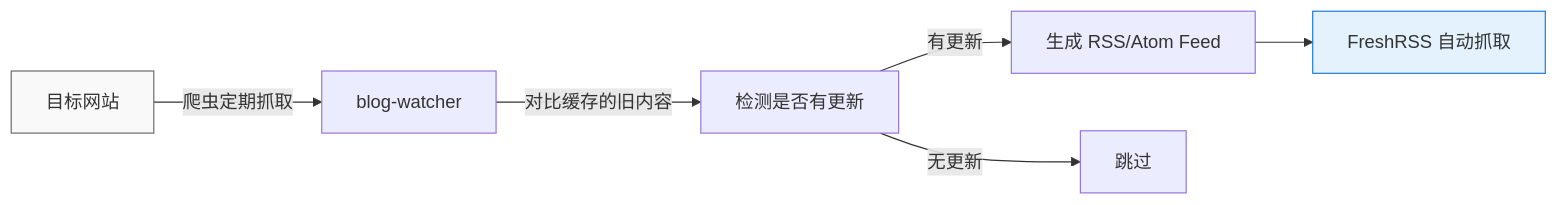
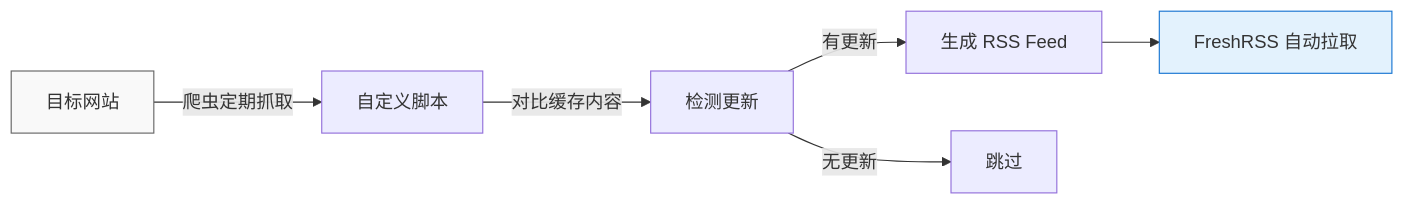
Before and after one commit to shen8614/shen_boke: the first of 2 diagrams in posts/tech/rss-self-host.md, drawn with Mermaid. The commit also changed other lines of this file, not shown here.

Commit message:
修复: 移除虚构的 blog-watcher 项目引用，改为通用方案描述

````diff
--- a/posts/tech/rss-self-host.md
+++ b/posts/tech/rss-self-host.md
@@ -141,11 +141,11 @@
 ```mermaid
 graph LR
-    A[目标网站] -->|爬虫定期抓取| B[blog-watcher]
-    B -->|对比缓存的旧内容| C[检测是否有更新]
-    C -->|有更新| D[生成 RSS/Atom Feed]
+    A[目标网站] -->|爬虫定期抓取| B[自定义脚本]
+    B -->|对比缓存内容| C[检测更新]
+    C -->|有更新| D[生成 RSS Feed]
     C -->|无更新| E[跳过]
-    D --> F[FreshRSS 自动抓取]
+    D --> F[FreshRSS 自动拉取]
 
     style A fill:#f9f9f9,stroke:#666
     style F fill:#e3f2fd,stroke:#1976d2
 ```
````
